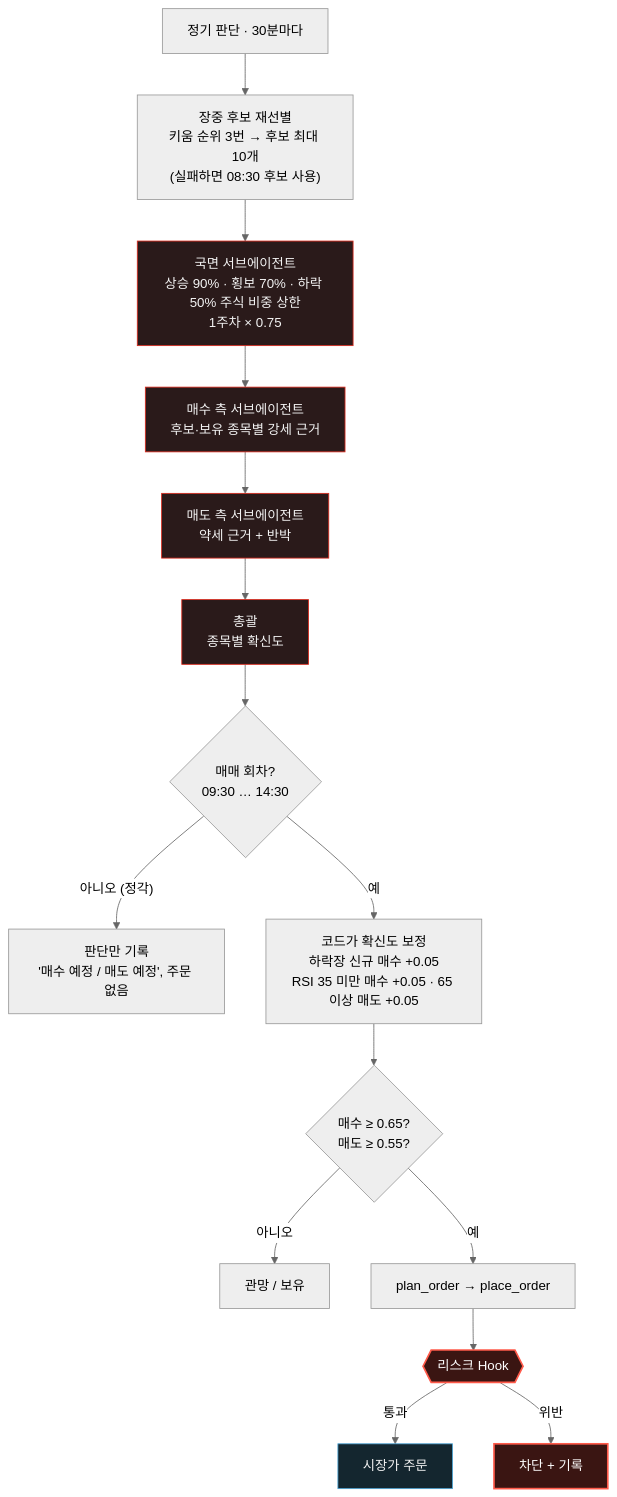
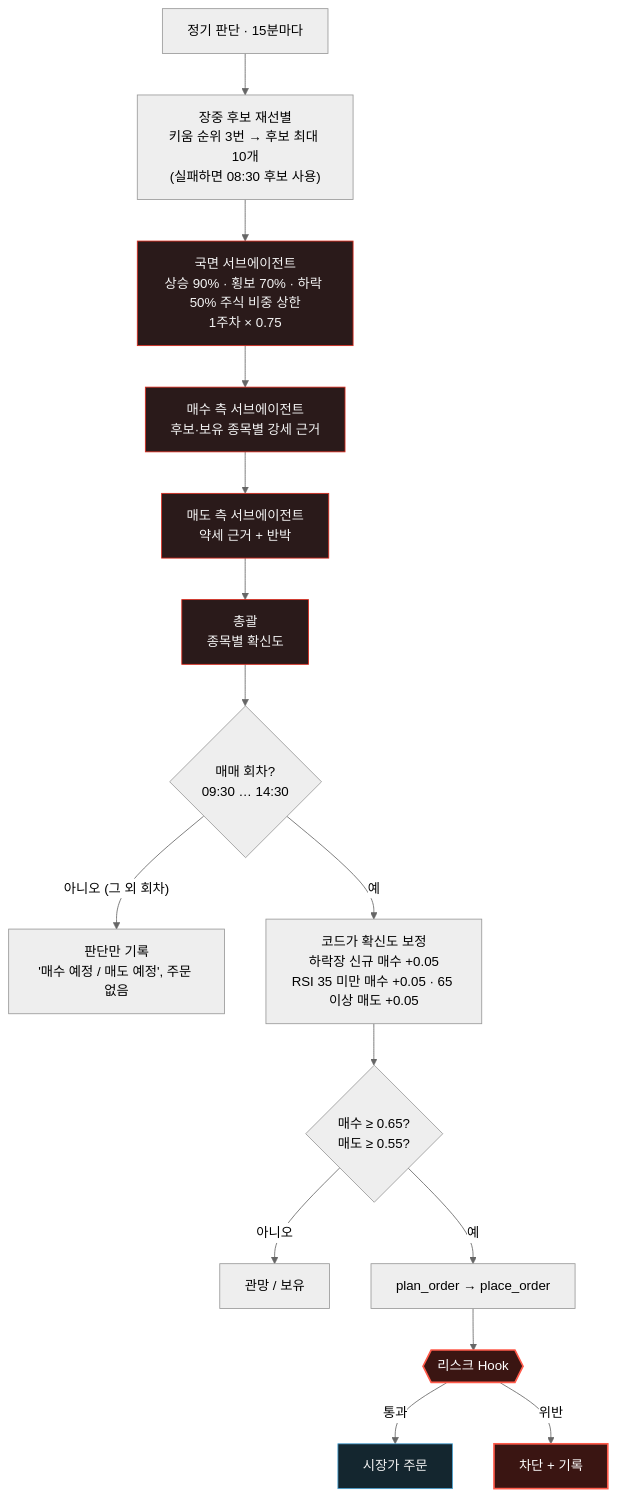
The diagram in assets/diagrams/decision.ko.mmd (isopink/hynix-298f), drawn with Mermaid (neutral theme) before and after one commit. The commit also changed 11 other files, not shown here.

```diff
--- a/assets/diagrams/decision.ko.mmd
+++ b/assets/diagrams/decision.ko.mmd
@@ -1,21 +1,21 @@
 flowchart TB
-    S["정기 판단 · 30분마다"] --> P["장중 후보 재선별<br/>키움 순위 3번 → 후보 최대 10개<br/>(실패하면 08:30 후보 사용)"]
+    S["정기 판단 · 15분마다"] --> P["장중 후보 재선별<br/>키움 순위 3번 → 후보 최대 10개<br/>(실패하면 08:30 후보 사용)"]
     P --> G["국면 서브에이전트<br/>상승 90% · 횡보 70% · 하락 50% 주식 비중 상한<br/>1주차 × 0.75"]
     G --> B["매수 측 서브에이전트<br/>후보·보유 종목별 강세 근거"]
     B --> R["매도 측 서브에이전트<br/>약세 근거 + 반박"]
     R --> L["총괄<br/>종목별 확신도"]
     L --> T{"매매 회차?<br/>09:30 … 14:30"}
-    T -- "아니오 (정각)" --> V["판단만 기록<br/>'매수 예정 / 매도 예정', 주문 없음"]
+    T -- "아니오 (그 외 회차)" --> V["판단만 기록<br/>'매수 예정 / 매도 예정', 주문 없음"]
     T -- 예 --> C["코드가 확신도 보정<br/>하락장 신규 매수 +0.05<br/>RSI 35 미만 매수 +0.05 · 65 이상 매도 +0.05"]
     C --> Q{"매수 ≥ 0.65?<br/>매도 ≥ 0.55?"}
     Q -- 아니오 --> W["관망 / 보유"]
     Q -- 예 --> Z["plan_order → place_order"]
     Z --> H{{"리스크 Hook"}}
     H -- 통과 --> O["시장가 주문"]
     H -- 위반 --> X["차단 + 기록"]
     classDef agent fill:#2a1a1a,stroke:#da291c,color:#f3f3f3
     classDef hook fill:#3a1512,stroke:#ff5a4a,stroke-width:2px,color:#ffffff
     classDef ok fill:#14262f,stroke:#4aa3d4,color:#f3f3f3
     class G,B,R,L agent
     class H,X hook
     class O ok
```
